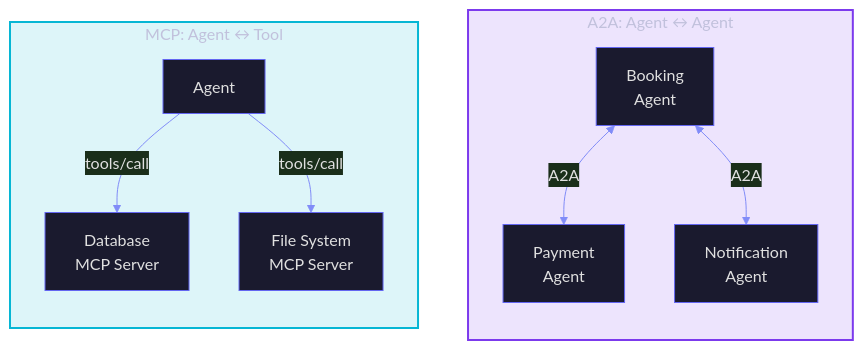
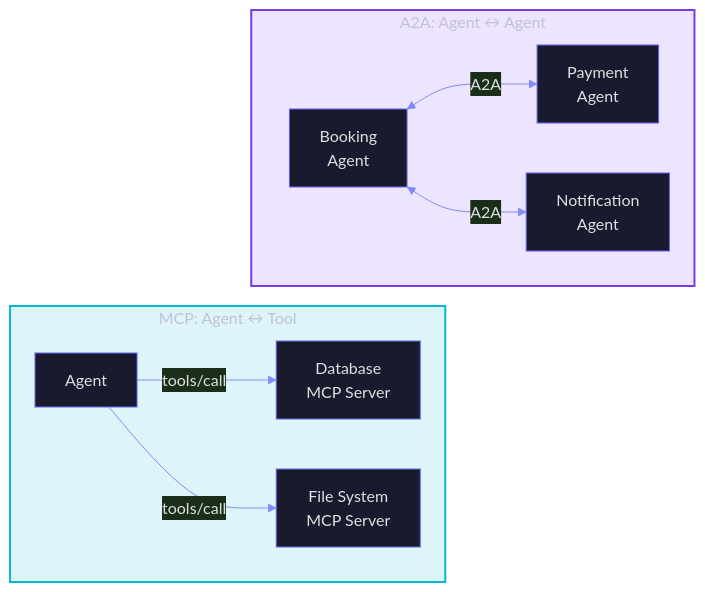
One commit to frootai/frootai changed the fifth of 7 diagrams in docs/O3-MCP-Tools-Functions.md. Above: the diagram before and after it, drawn with Mermaid. The commit also changed other lines of this file and 15 other files, not shown here.

Commit message:
docs: harden learning module diagrams

````diff
--- a/docs/O3-MCP-Tools-Functions.md
+++ b/docs/O3-MCP-Tools-Functions.md
@@ -296,18 +299,18 @@
 ```mermaid
 %%{init: {'theme': 'base', 'themeVariables': {'primaryColor': '#1a1a2e', 'primaryTextColor': '#e0e0e0', 'primaryBorderColor': '#6366f1', 'lineColor': '#818cf8', 'background': 'transparent'}}}%%
 graph LR
     subgraph MCP_WORLD["MCP: Agent ↔ Tool"]
         AGENT1["Agent"] -->|"tools/call"| TOOL1["Database<br/>MCP Server"]
         AGENT1 -->|"tools/call"| TOOL2["File System<br/>MCP Server"]
     end
     
     subgraph A2A_WORLD["A2A: Agent ↔ Agent"]
         AGENT2["Booking<br/>Agent"] <-->|"A2A"| AGENT3["Payment<br/>Agent"]
         AGENT2 <-->|"A2A"| AGENT4["Notification<br/>Agent"]
     end
     
-    MCP_WORLD ~~~ A2A_WORLD
+    AGENT1 ~~~ AGENT2
     
     style MCP_WORLD fill:#06b6d422,stroke:#06b6d4,stroke-width:2px
     style A2A_WORLD fill:#7c3aed22,stroke:#7c3aed,stroke-width:2px
 ```
````
